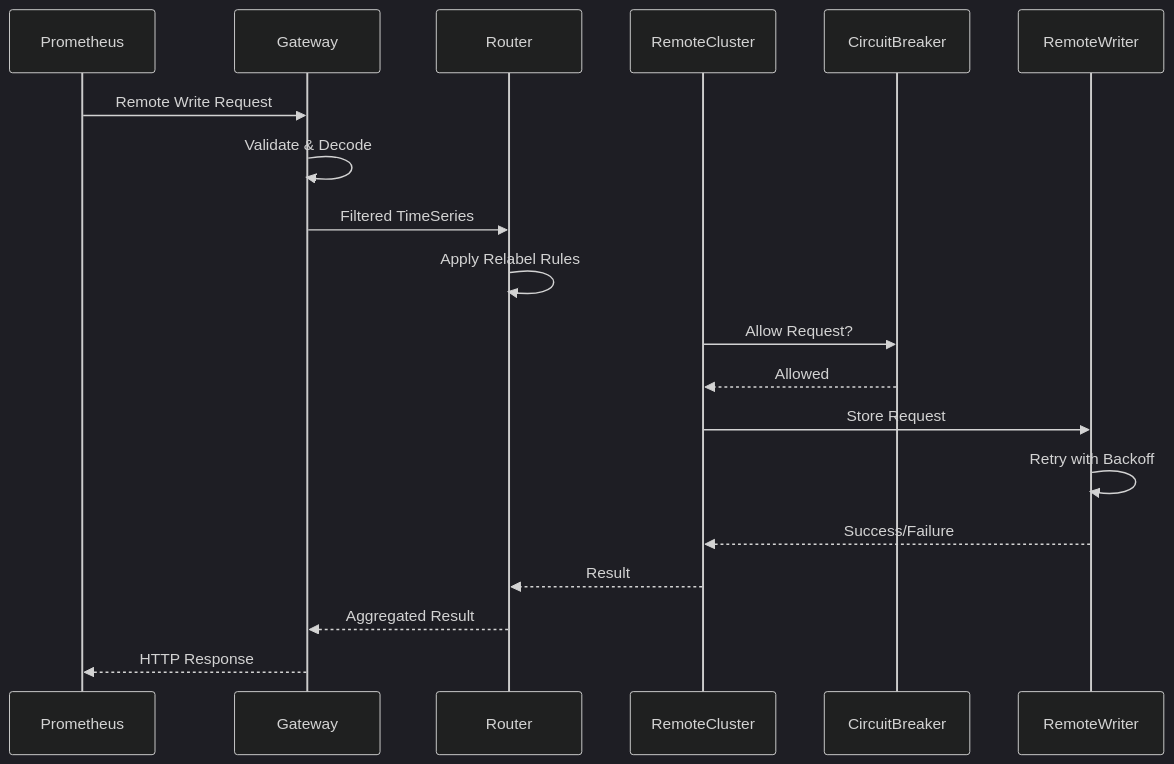
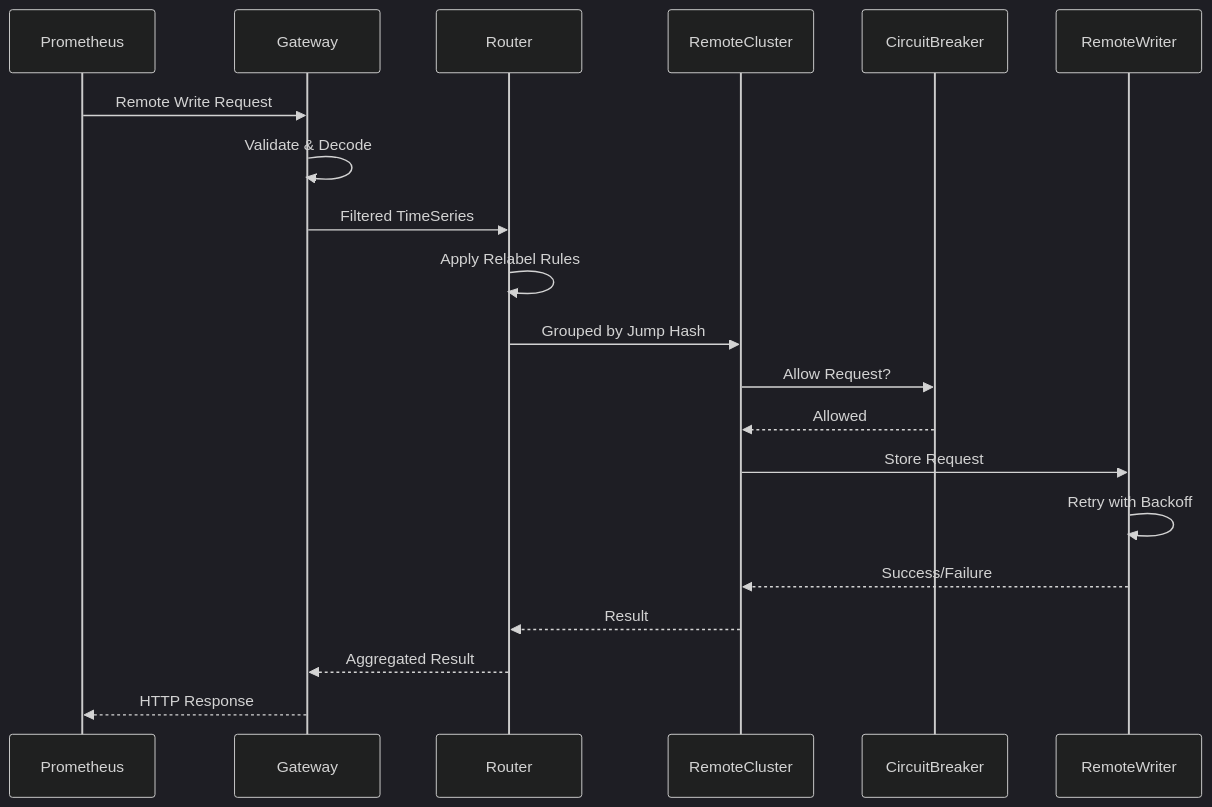
The fourth of 4 diagrams in docs/architecture.md (mickeyzzc/stream-metrics-route), drawn with Mermaid (dark theme) before and after one commit. The commit also changed other lines of this file and 4 other files, not shown here.

````diff
--- a/docs/architecture.md
+++ b/docs/architecture.md
@@ -185,23 +185,23 @@
 ```mermaid
 sequenceDiagram
     participant C as Prometheus
     participant G as Gateway
     participant R as Router
     participant RC as RemoteCluster
     participant CB as CircuitBreaker
     participant RW as RemoteWriter
 
     C->>G: Remote Write Request
     G->>G: Validate & Decode
     G->>R: Filtered TimeSeries
     R->>R: Apply Relabel Rules
-    #WT|    R->>RC: Grouped by Jump Hash
+        R->>RC: Grouped by Jump Hash
     RC->>CB: Allow Request?
     CB-->>RC: Allowed
     RC->>RW: Store Request
     RW->>RW: Retry with Backoff
     RW-->>RC: Success/Failure
     RC-->>R: Result
     R-->>G: Aggregated Result
     G-->>C: HTTP Response
 ```
````
